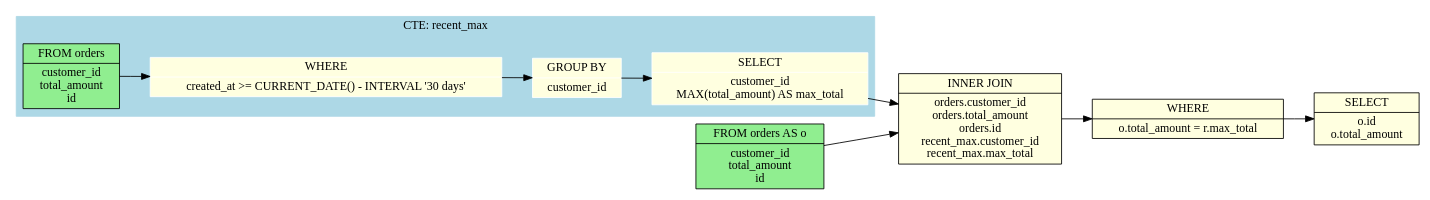
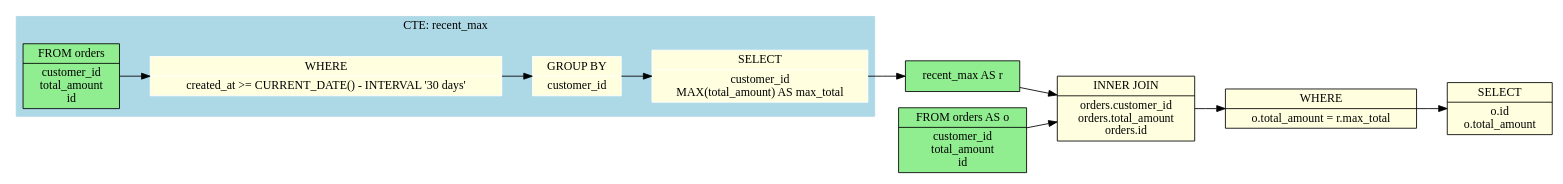
One commit to rot1024/sqloflow changed the diagram in examples/cte_with_join.dot. Above: the diagram before and after it, drawn with Graphviz. The commit also changed 47 other files, not shown here.

```diff
--- a/examples/cte_with_join.dot
+++ b/examples/cte_with_join.dot
@@ -1,35 +1,37 @@
 digraph schema_flow {
   rankdir=LR;
   node [shape=record];
 
   // Source tables
   node_0 [label="FROM orders|customer_id\ntotal_amount\nid", style=filled, fillcolor=lightgreen];
   node_5 [label="FROM orders AS o|customer_id\ntotal_amount\nid", style=filled, fillcolor=lightgreen];
 
+  node_6 [label="recent_max AS r", style=filled, fillcolor=lightgreen];
   // Operations
 
   subgraph cluster_node_4 {
     label="CTE: recent_max";
     style=filled;
     color=lightblue;
     node [style=filled,color=white];
     node_3 [label="SELECT|customer_id\nMAX(total_amount) AS max_total", style=filled, fillcolor=lightyellow];
     node_2 [label="GROUP BY|customer_id", style=filled, fillcolor=lightyellow];
     node_1 [label="WHERE|created_at \>= CURRENT_DATE() - INTERVAL '30 days'", style=filled, fillcolor=lightyellow];
     node_0 [label="FROM orders|customer_id\ntotal_amount\nid", style=filled, fillcolor=lightgreen];
     node_0 -> node_1;
     node_1 -> node_2;
     node_2 -> node_3;
   }
-  node_7 [label="WHERE|o.total_amount = r.max_total", style=filled, fillcolor=lightyellow];
-  node_8 [label="SELECT|o.id\no.total_amount", style=filled, fillcolor=lightyellow];
+  node_8 [label="WHERE|o.total_amount = r.max_total", style=filled, fillcolor=lightyellow];
+  node_9 [label="SELECT|o.id\no.total_amount", style=filled, fillcolor=lightyellow];
 
   // Data flow edges
 
   // JOIN operations with table info
-  node_6 [label="INNER JOIN|orders.customer_id\norders.total_amount\norders.id\nrecent_max.customer_id\nrecent_max.max_total", style=filled, fillcolor=lightyellow];
-  node_5 -> node_6;
+  node_7 [label="INNER JOIN|orders.customer_id\norders.total_amount\norders.id", style=filled, fillcolor=lightyellow];
+  node_5 -> node_7;
+  node_6 -> node_7;
   node_3 -> node_6;
-  node_6 -> node_7;
   node_7 -> node_8;
+  node_8 -> node_9;
 }
```
